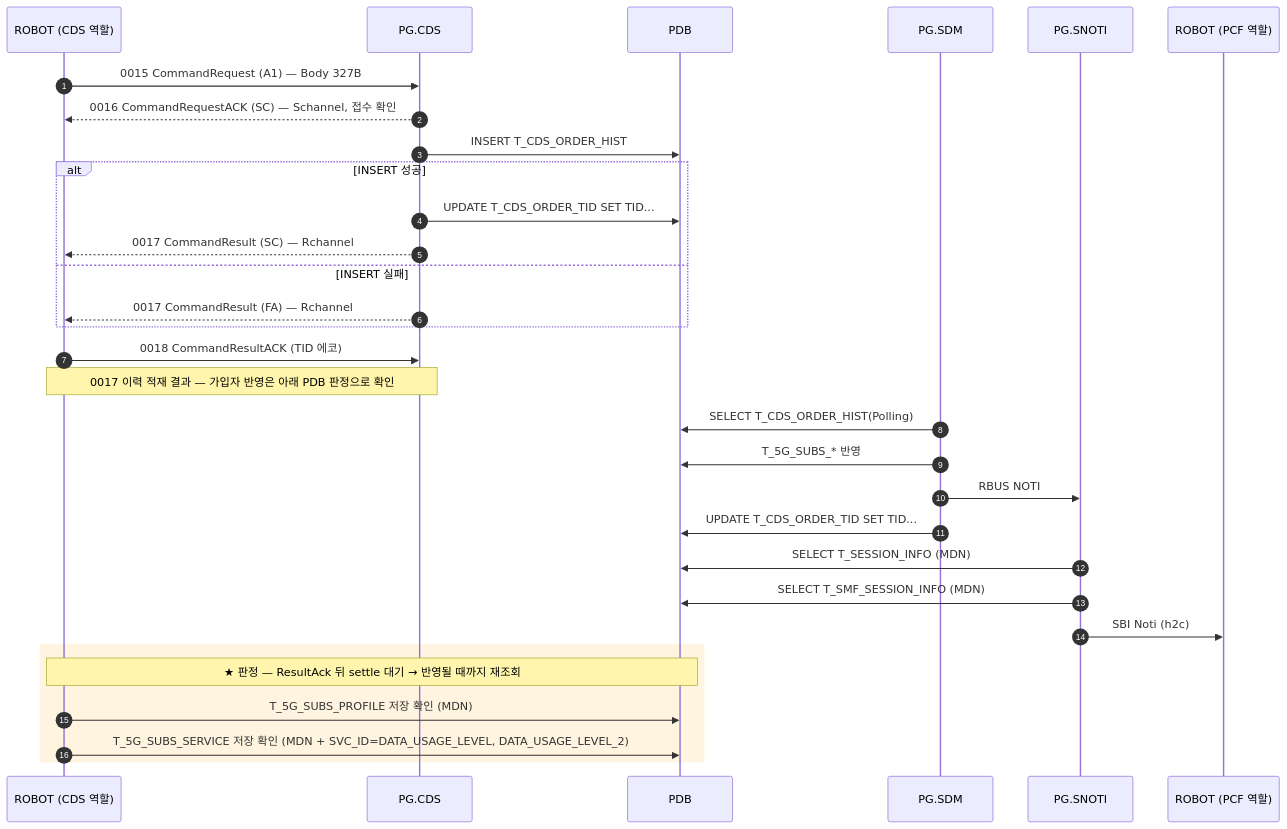
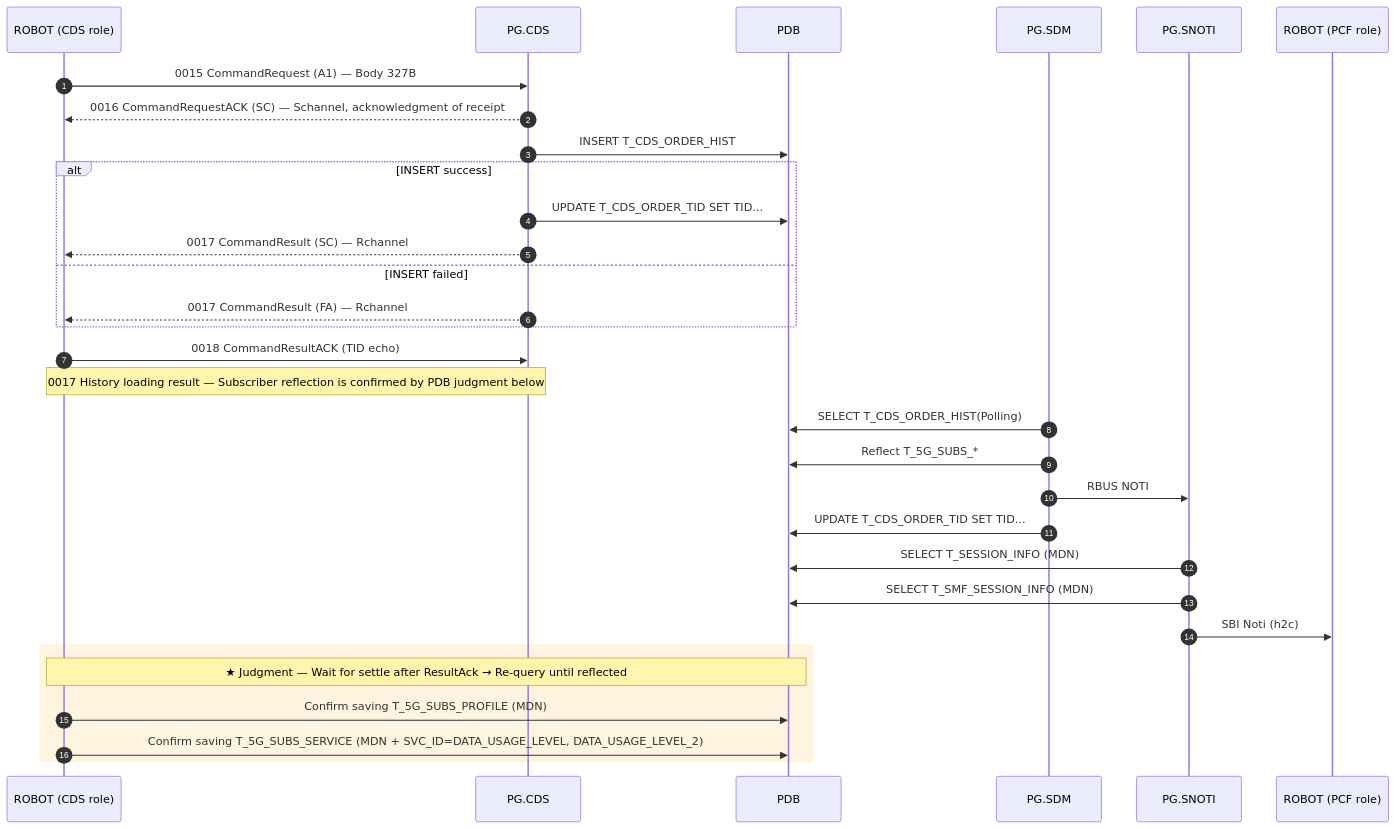
One commit to IanKim2030/tc4robot changed the first of 11 diagrams in docs/callflow/cds_callflow.md. Above: the diagram before and after it, drawn with Mermaid. The commit also changed other lines of this file and 83 other files, not shown here.

````diff
--- a/docs/callflow/cds_callflow.md
+++ b/docs/callflow/cds_callflow.md
@@ -160,35 +160,35 @@
 ```mermaid
 sequenceDiagram
     autonumber
-    participant TOOL as ROBOT (CDS 역할)
+    participant TOOL as ROBOT (CDS role)
     participant PCDS as PG.CDS
     participant PDB as PDB
     participant SDM as PG.SDM
     participant SNOTI as PG.SNOTI
-    participant PCF as ROBOT (PCF 역할)
+    participant PCF as ROBOT (PCF role)
 
     TOOL->>PCDS: 0015 CommandRequest (A1) — Body 327B
-    PCDS-->>TOOL: 0016 CommandRequestACK (SC) — Schannel, 접수 확인
+    PCDS-->>TOOL: 0016 CommandRequestACK (SC) — Schannel, acknowledgment of receipt
     PCDS->>PDB: INSERT T_CDS_ORDER_HIST
-    alt INSERT 성공
+    alt INSERT success
         PCDS->>PDB: UPDATE T_CDS_ORDER_TID SET TID...
         PCDS-->>TOOL: 0017 CommandResult (SC) — Rchannel
-    else INSERT 실패
+    else INSERT failed
         PCDS-->>TOOL: 0017 CommandResult (FA) — Rchannel
     end
-    TOOL->>PCDS: 0018 CommandResultACK (TID 에코)
-    Note over TOOL,PCDS: 0017 이력 적재 결과 — 가입자 반영은 아래 PDB 판정으로 확인
+    TOOL->>PCDS: 0018 CommandResultACK (TID echo)
+    Note over TOOL,PCDS: 0017 History loading result — Subscriber reflection is confirmed by PDB judgment below
 
     SDM->>PDB: SELECT T_CDS_ORDER_HIST(Polling)
-    SDM->>PDB: T_5G_SUBS_* 반영
+    SDM->>PDB: Reflect T_5G_SUBS_*
     SDM->>SNOTI: RBUS NOTI
     SDM->>PDB: UPDATE T_CDS_ORDER_TID SET TID...
     SNOTI->>PDB: SELECT T_SESSION_INFO (MDN)
     SNOTI->>PDB: SELECT T_SMF_SESSION_INFO (MDN)
     SNOTI->>PCF: SBI Noti (h2c)
     rect rgba(255, 176, 32, 0.14)
-    Note over TOOL,PDB: ★ 판정 — ResultAck 뒤 settle 대기 → 반영될 때까지 재조회
-        TOOL->>PDB: T_5G_SUBS_PROFILE 저장 확인 (MDN)
-        TOOL->>PDB: T_5G_SUBS_SERVICE 저장 확인 (MDN + SVC_ID=DATA_USAGE_LEVEL, DATA_USAGE_LEVEL_2)
+    Note over TOOL, PDB: ★ Judgment — Wait for settle after ResultAck → Re-query until reflected
+        TOOL->>PDB: Confirm saving T_5G_SUBS_PROFILE (MDN)
+        TOOL->>PDB: Confirm saving T_5G_SUBS_SERVICE (MDN + SVC_ID=DATA_USAGE_LEVEL, DATA_USAGE_LEVEL_2)
     end
 ```
````
